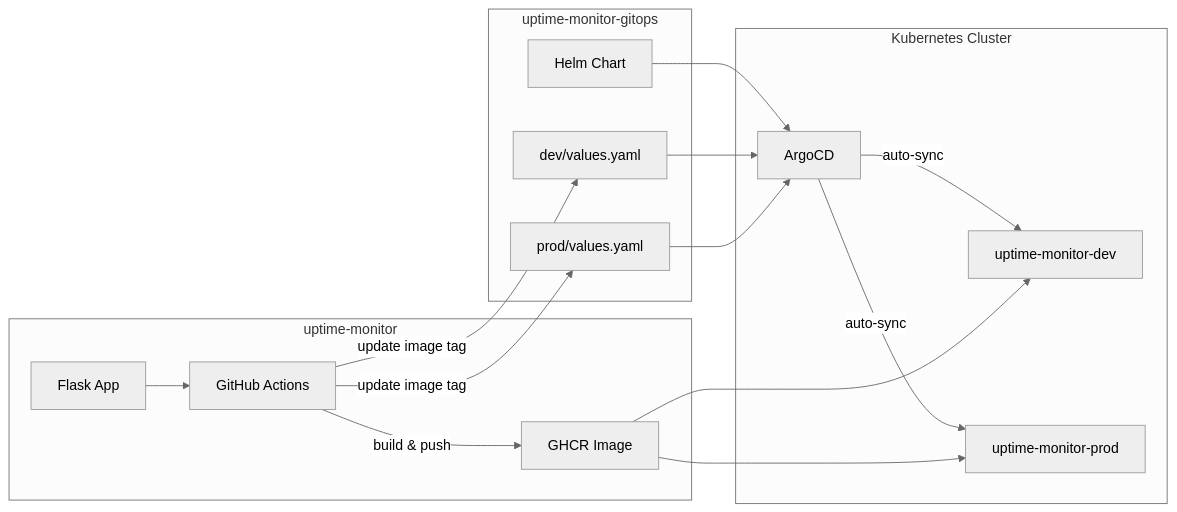
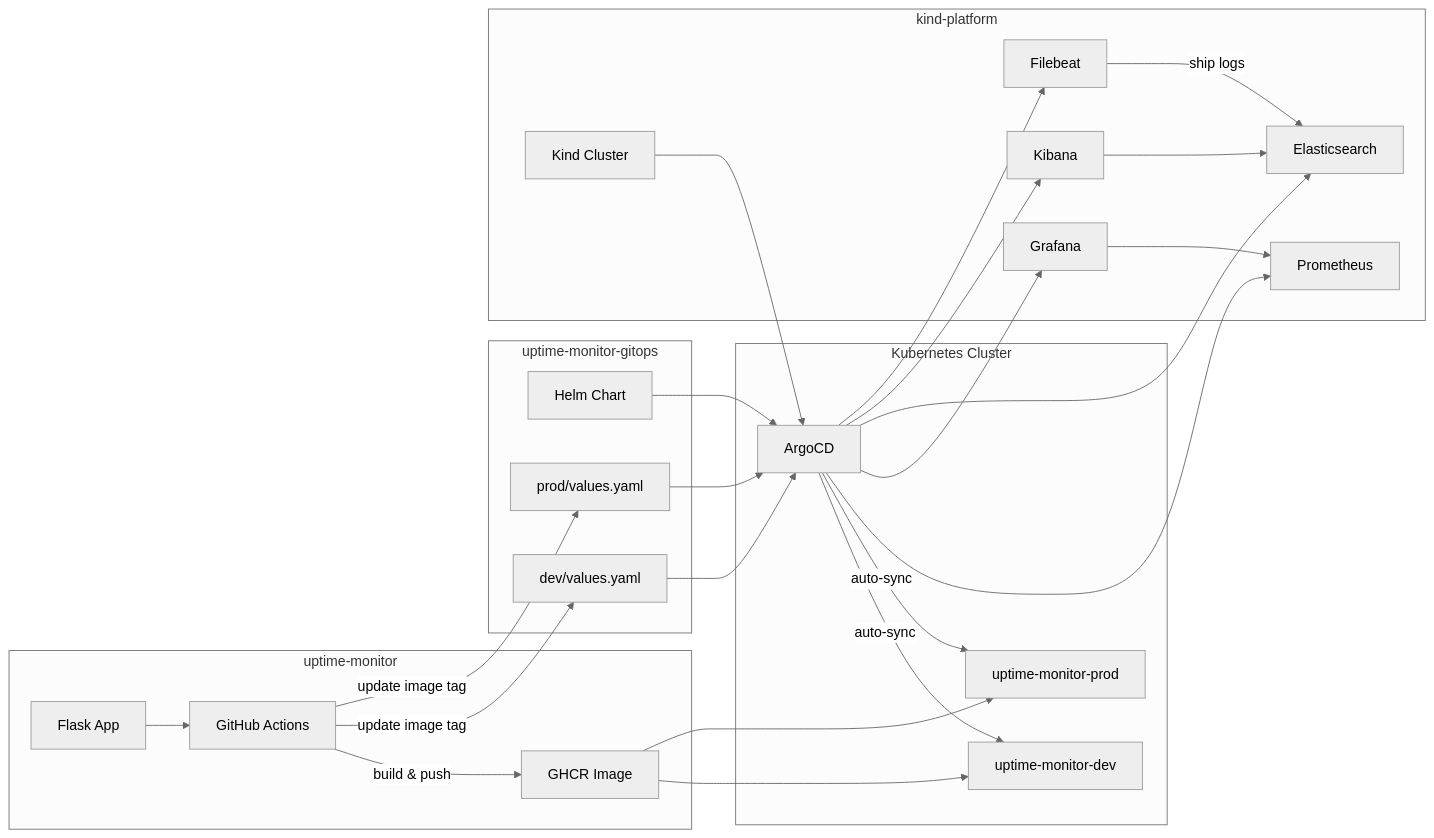
Before and after one commit to SirajMoideen/uptime-monitor: the diagram in README.md, drawn with Mermaid (neutral theme). The commit also changed other lines of this file, not shown here.

````diff
--- a/README.md
+++ b/README.md
@@ -30,32 +31,50 @@
 ```mermaid
 flowchart LR
     subgraph app_repo ["uptime-monitor"]
         Code[Flask App]
         GHA[GitHub Actions]
         GHCR[GHCR Image]
     end
 
     subgraph gitops_repo ["uptime-monitor-gitops"]
         Helm[Helm Chart]
         DevVals[dev/values.yaml]
         ProdVals[prod/values.yaml]
+    end
+
+    subgraph infra_repo ["kind-platform"]
+        Kind[Kind Cluster]
+        Prom[Prometheus]
+        Graf[Grafana]
+        ES[Elasticsearch]
+        Kib[Kibana]
+        FB[Filebeat]
     end
 
     subgraph cluster ["Kubernetes Cluster"]
         ArgoCD[ArgoCD]
         DevNS[uptime-monitor-dev]
         ProdNS[uptime-monitor-prod]
     end
 
     Code --> GHA
     GHA -->|build & push| GHCR
     GHA -->|update image tag| DevVals
     GHA -->|update image tag| ProdVals
     Helm --> ArgoCD
     DevVals --> ArgoCD
     ProdVals --> ArgoCD
+    Kind --> ArgoCD
     ArgoCD -->|auto-sync| DevNS
     ArgoCD -->|auto-sync| ProdNS
+    ArgoCD --> Prom
+    ArgoCD --> Graf
+    ArgoCD --> ES
+    ArgoCD --> Kib
+    ArgoCD --> FB
     GHCR --> DevNS
     GHCR --> ProdNS
+    FB -->|ship logs| ES
+    Kib --> ES
+    Graf --> Prom
 ```
````
